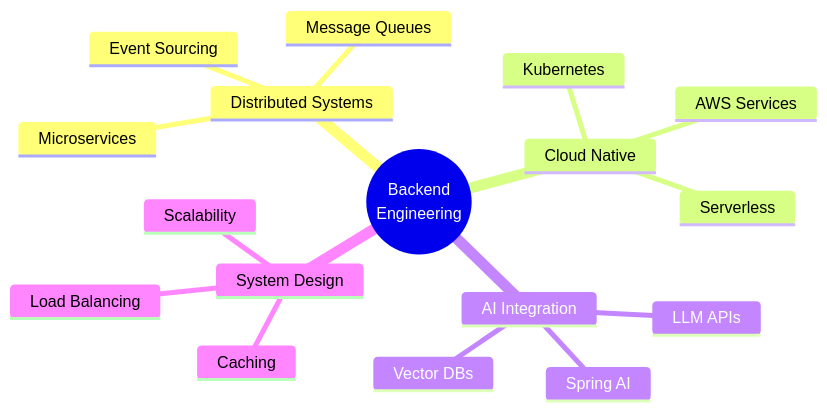
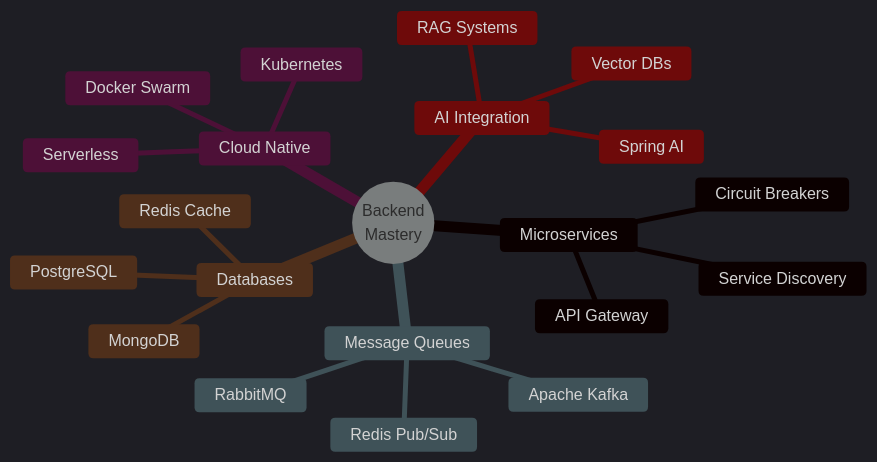
The second of 2 diagrams in README.md (Sumeet-Y1/Sumeet-Y1), drawn with Mermaid before and after one commit. The commit also changed other lines of this file, not shown here.

````diff
--- a/README.md
+++ b/README.md
@@ -152,21 +260,26 @@
 ```mermaid
+%%{init: {'theme':'dark'}}%%
 mindmap
   root((Backend
-    Engineering))
-    Distributed Systems
-      Microservices
-      Message Queues
-      Event Sourcing
+    Mastery))
+    Microservices
+      Service Discovery
+      API Gateway
+      Circuit Breakers
     Cloud Native
       Kubernetes
-      AWS Services
+      Docker Swarm
       Serverless
+    Message Queues
+      RabbitMQ
+      Apache Kafka
+      Redis Pub/Sub
+    Databases
+      PostgreSQL
+      MongoDB
+      Redis Cache
     AI Integration
       Spring AI
-      LLM APIs
       Vector DBs
-    System Design
-      Scalability
-      Caching
-      Load Balancing
+      RAG Systems
 ```
````
